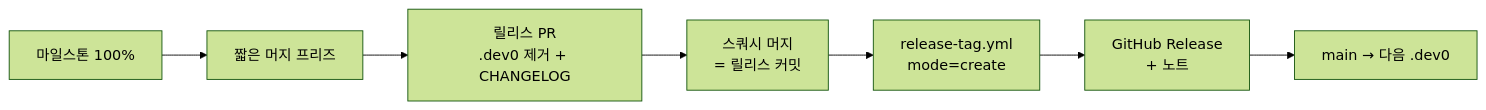
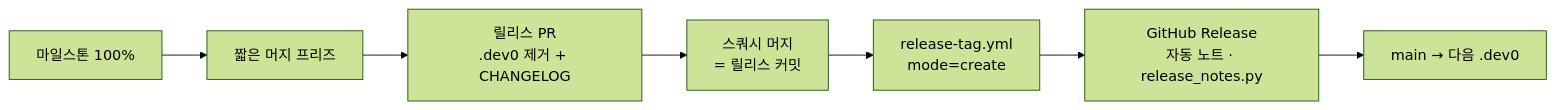
One commit to pmmm114/okf-wiki-plugin changed the diagram in docs/releasing.md. Above: the diagram before and after it, drawn with Mermaid (forest theme). The commit also changed other lines of this file and 4 other files, not shown here.

First line of the commit message:
feat(release): 릴리스 노트 생성기 + GitHub Release 자동 발행 (#142)

````diff
--- a/docs/releasing.md
+++ b/docs/releasing.md
@@ -82,9 +82,9 @@
 ```mermaid
 flowchart LR
   M[마일스톤 100%] --> F[짧은 머지 프리즈]
   F --> R[릴리스 PR<br/>.dev0 제거 + CHANGELOG]
   R --> S[스쿼시 머지<br/>= 릴리스 커밋]
   S --> T[release-tag.yml<br/>mode=create]
-  T --> G[GitHub Release<br/>+ 노트]
+  T --> G[GitHub Release<br/>자동 노트 · release_notes.py]
   G --> N[main → 다음 .dev0]
 ```
````
